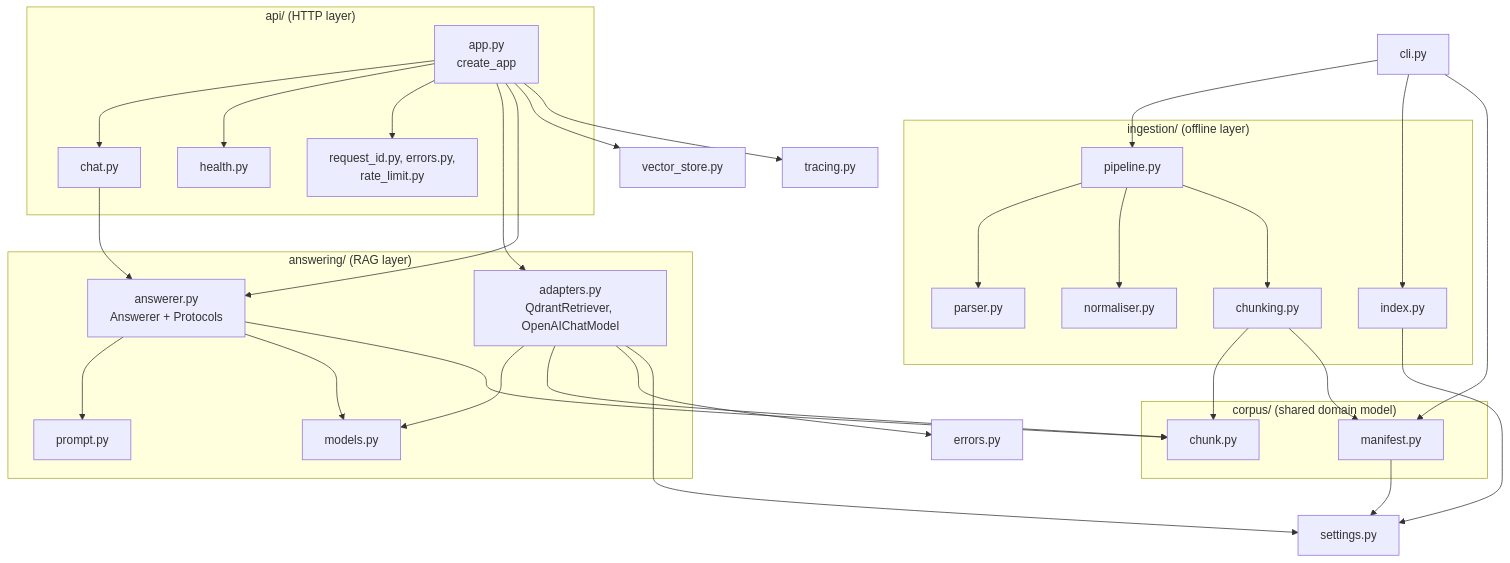
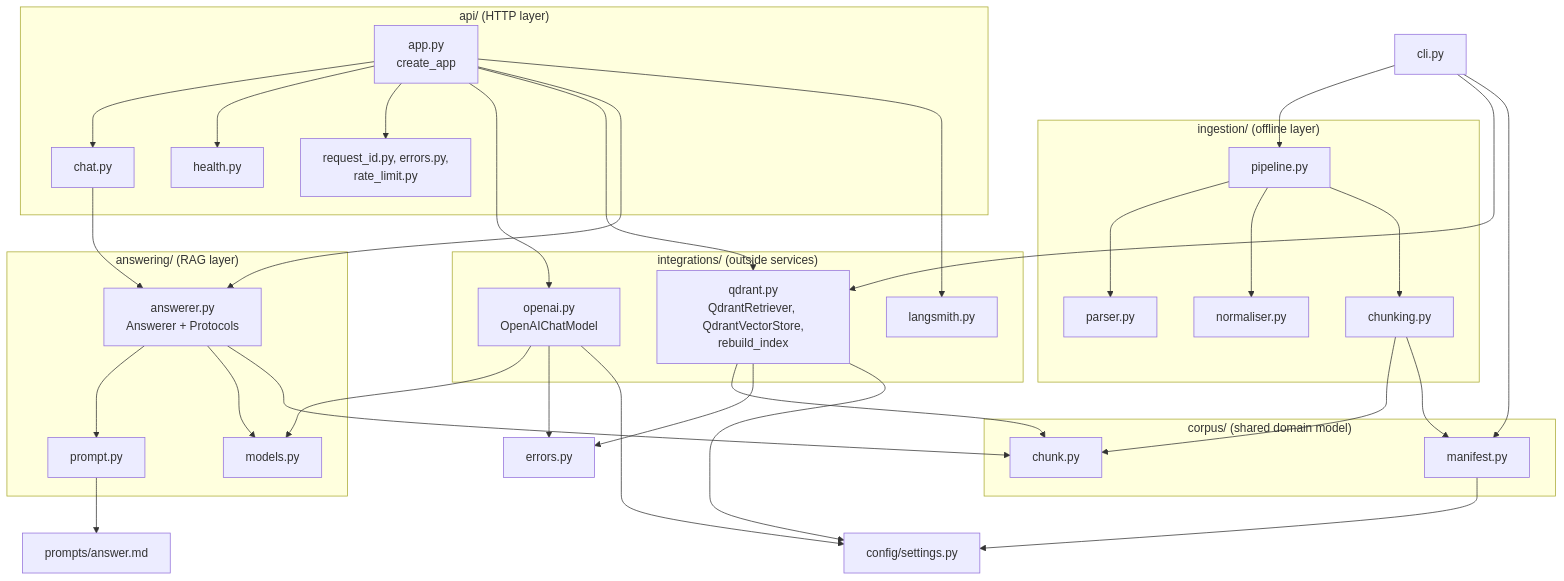
The third of 14 diagrams in docs/developer-guide.md (NaveenManjappa/hr-assist), drawn with Mermaid before and after one commit. The commit also changed other lines of this file and 35 other files, not shown here.

First line of the commit message:
Move provider code into integrations/ and settings into config/

````diff
--- a/docs/developer-guide.md
+++ b/docs/developer-guide.md
@@ -212,45 +212,49 @@
 ```mermaid
 flowchart TB
     subgraph api["api/ (HTTP layer)"]
         APP["app.py<br/>create_app"]
         CHAT["chat.py"]
         HEALTH["health.py"]
         MW["request_id.py, errors.py,<br/>rate_limit.py"]
     end
     subgraph answering["answering/ (RAG layer)"]
         ANS["answerer.py<br/>Answerer + Protocols"]
         PR["prompt.py"]
         MOD["models.py"]
-        AD["adapters.py<br/>QdrantRetriever, OpenAIChatModel"]
     end
     subgraph ingestion["ingestion/ (offline layer)"]
         PIPE["pipeline.py"]
         PARSE["parser.py"]
         NORM["normaliser.py"]
         CHK["chunking.py"]
-        IDX["index.py"]
     end
     subgraph corpus["corpus/ (shared domain model)"]
         MANI["manifest.py"]
         CHUNK["chunk.py"]
     end
-    SET["settings.py"]
+    subgraph integrations["integrations/ (outside services)"]
+        AD["openai.py<br/>OpenAIChatModel"]
+        QD2["qdrant.py<br/>QdrantRetriever, QdrantVectorStore,<br/>rebuild_index"]
+        TR["langsmith.py"]
+    end
+    SET["config/settings.py"]
+    PRM["prompts/answer.md"]
     ERR["errors.py"]
-    VS["vector_store.py"]
-    TR["tracing.py"]
     CLIM["cli.py"]
 
     APP --> CHAT & HEALTH & MW
-    APP --> AD & ANS & VS & TR
+    APP --> AD & QD2 & ANS & TR
     CHAT --> ANS
     ANS --> PR & MOD
+    PR --> PRM
     AD --> MOD
     ANS --> CHUNK
-    AD --> CHUNK & ERR
-    CLIM --> PIPE & IDX & MANI
+    AD --> ERR
+    QD2 --> CHUNK & ERR
+    CLIM --> PIPE & QD2 & MANI
     PIPE --> PARSE & NORM & CHK
     CHK --> CHUNK & MANI
     MANI --> SET
     AD --> SET
-    IDX --> SET
+    QD2 --> SET
 ```
````
